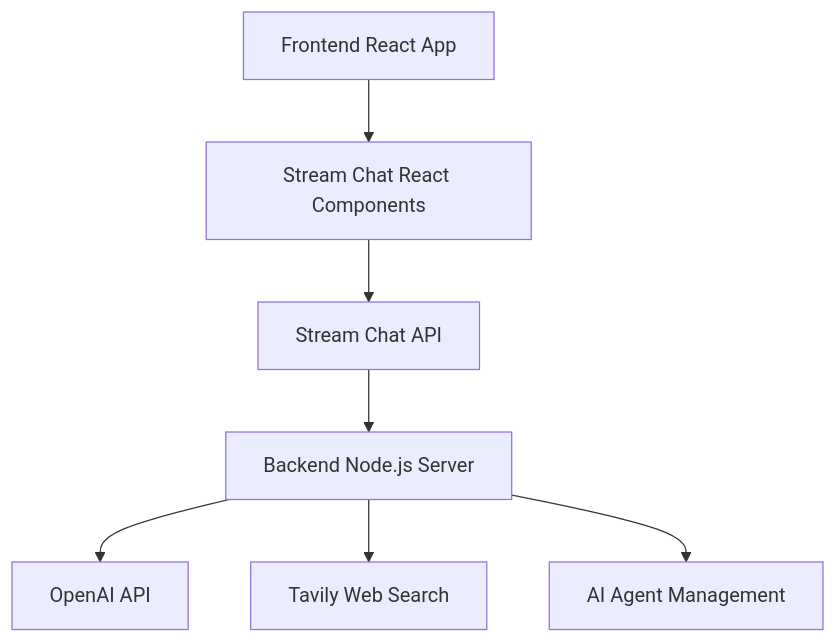
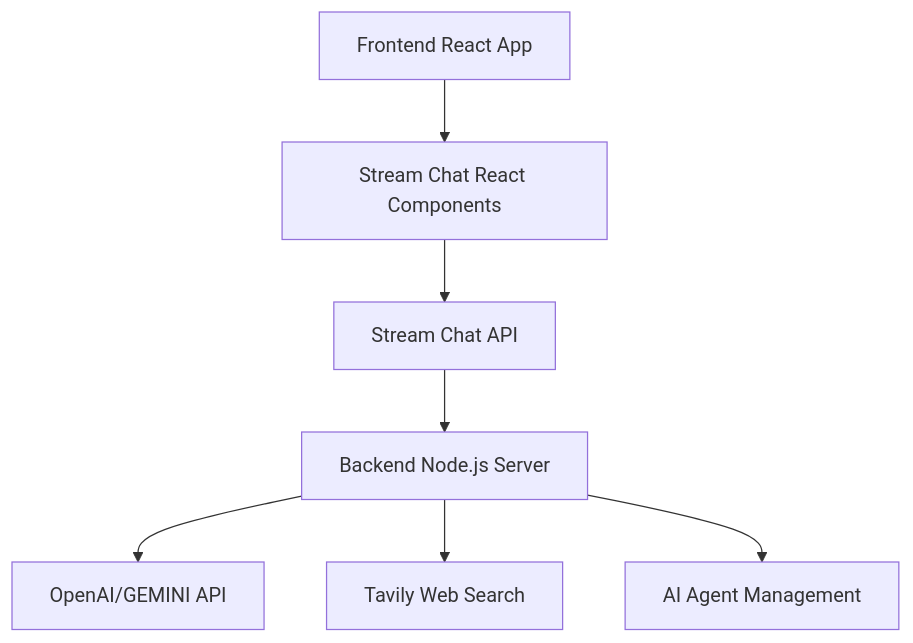
One commit to triloksh07/ai-chat-app-with-agents-v0 changed the diagram in README.md. Above: the diagram before and after it, drawn with Mermaid.

Commit message:
Update API reference in README

````diff
--- a/README.md
+++ b/README.md
@@ -170,9 +170,9 @@
 ```mermaid
 graph TD
     A[Frontend React App] --> B[Stream Chat React Components]
     B --> C[Stream Chat API]
     C --> D[Backend Node.js Server]
-    D --> E[OpenAI API]
+    D --> E[OpenAI/GEMINI API]
     D --> F[Tavily Web Search]
     D --> G[AI Agent Management]
 ```
````
